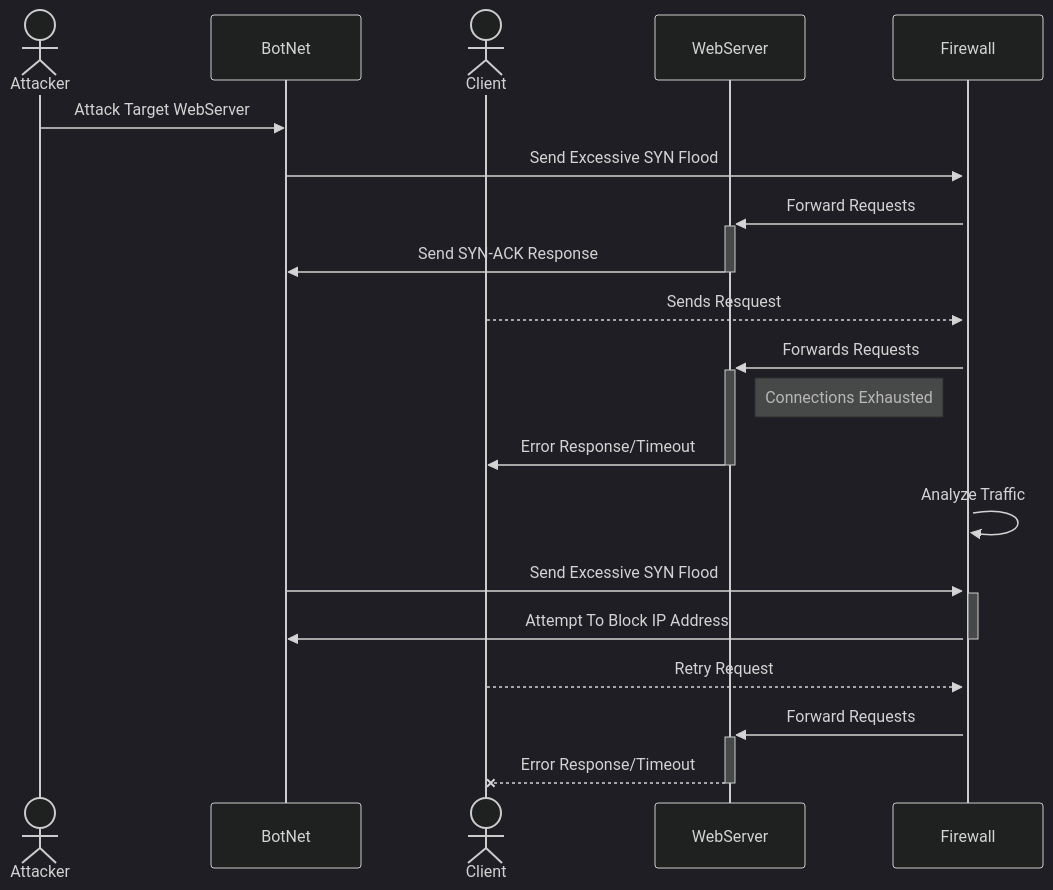
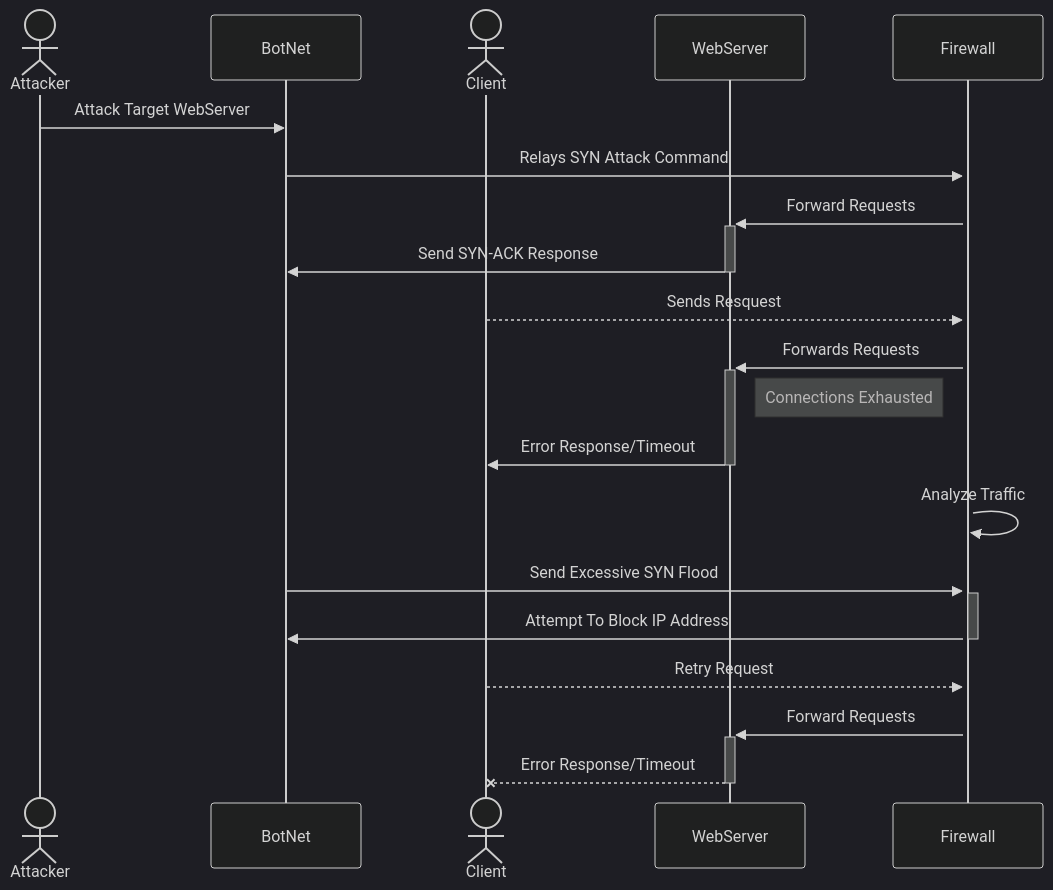
One commit to DesHeaden/desheaden.github.io changed the diagram in DDoS_Attack_Sequence.md. Above: the diagram before and after it, drawn with Mermaid (dark theme). The commit also changed other lines of this file, not shown here.

````diff
--- a/DDoS_Attack_Sequence.md
+++ b/DDoS_Attack_Sequence.md
@@ -3,24 +3,24 @@
 ```mermaid
 sequenceDiagram
 Actor Attacker
 Participant BotNet
 Actor Client
 Participant WebServer
 participant Firewall
 
   Attacker->>BotNet: Attack Target WebServer
-  BotNet->>+Firewall: Send Excessive SYN Flood
+  BotNet->>+Firewall: Relays SYN Attack Command
   Firewall->>+WebServer: Forward Requests
   WebServer->>-BotNet: Send SYN-ACK Response
   Client-->>Firewall: Sends Resquest
   Firewall->>+WebServer: Forwards Requests
   note right of WebServer: Connections Exhausted
   WebServer->>-Client: Error Response/Timeout
   Firewall->>Firewall: Analyze Traffic
   BotNet->>+Firewall: Send Excessive SYN Flood
   Firewall->>-BotNet: Attempt To Block IP Address
   Client-->>Firewall: Retry Request
   Firewall->>+WebServer: Forward Requests
   WebServer--x-Client: Error Response/Timeout
   
 ``` 
````
